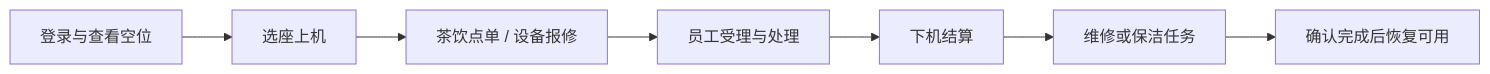
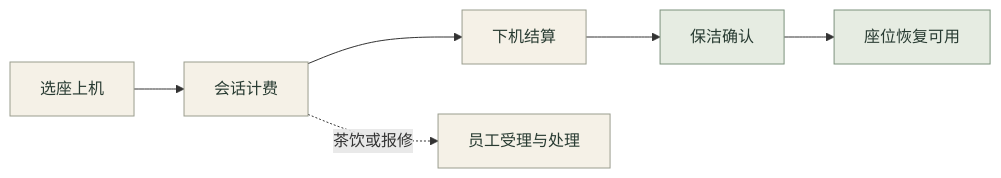
The diagram in README.md (Y7NINE/WangBa-X-), drawn with Mermaid before and after one commit. The commit also changed other lines of this file and 1 other file, not shown here.

Commit message:
docs: polish README with ink cover and screenshot gallery

````diff
--- a/README.md
+++ b/README.md
@@ -51,9 +107,13 @@
 ```mermaid
 flowchart LR
-  A[登录与查看空位] --> B[选座上机]
-  B --> C[茶饮点单 / 设备报修]
-  C --> D[员工受理与处理]
-  D --> E[下机结算]
-  E --> F[维修或保洁任务]
-  F --> G[确认完成后恢复可用]
+    A[选座上机] --> B[会话计费]
+    B --> C[下机结算]
+    C --> D[保洁确认]
+    D --> E[座位恢复可用]
+    B -. 茶饮或报修 .-> F[员工受理与处理]
+
+    classDef ink fill:#f5f1e7,stroke:#9a9d8e,color:#283b32
+    classDef green fill:#e6ece2,stroke:#7d927d,color:#283b32
+    class A,B,C,F ink
+    class D,E green
 ```
````
